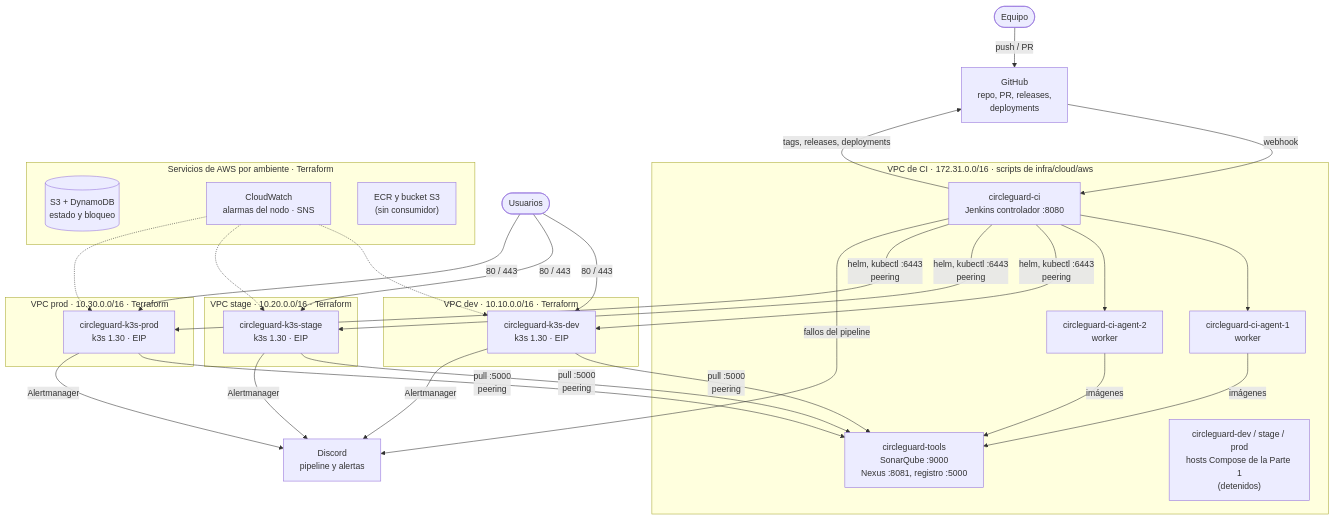
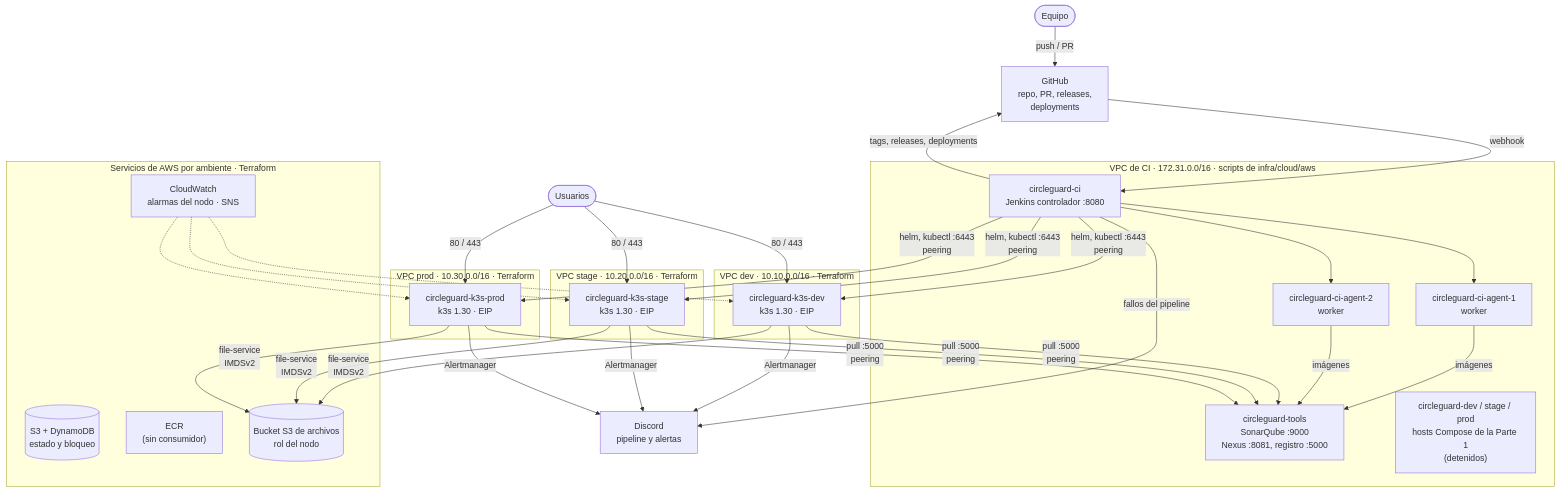
One commit to ingesoft5/circle-guard-pepitosV changed the second of 4 diagrams in docs/arquitectura/README.md. Above: the diagram before and after it, drawn with Mermaid. The commit also changed other lines of this file and 6 other files, not shown here.

````diff
--- a/docs/arquitectura/README.md
+++ b/docs/arquitectura/README.md
@@ -114,43 +114,45 @@
 ```mermaid
 flowchart TB
     DEV_USER(["Equipo"])
     GH["GitHub<br/>repo, PR, releases,<br/>deployments"]
     DISCORD["Discord<br/>pipeline y alertas"]
     INTERNET(["Usuarios"])
 
     subgraph CIVPC["VPC de CI · 172.31.0.0/16 · scripts de infra/cloud/aws"]
         CI["circleguard-ci<br/>Jenkins controlador :8080"]
         AG1["circleguard-ci-agent-1<br/>worker"]
         AG2["circleguard-ci-agent-2<br/>worker"]
         TOOLS["circleguard-tools<br/>SonarQube :9000<br/>Nexus :8081, registro :5000"]
         LEGACY["circleguard-dev / stage / prod<br/>hosts Compose de la Parte 1<br/>(detenidos)"]
     end
 
     subgraph DEVVPC["VPC dev · 10.10.0.0/16 · Terraform"]
         K3DEV["circleguard-k3s-dev<br/>k3s 1.30 · EIP"]
     end
     subgraph STGVPC["VPC stage · 10.20.0.0/16 · Terraform"]
         K3STG["circleguard-k3s-stage<br/>k3s 1.30 · EIP"]
     end
     subgraph PRDVPC["VPC prod · 10.30.0.0/16 · Terraform"]
         K3PRD["circleguard-k3s-prod<br/>k3s 1.30 · EIP"]
     end
 
     subgraph AWSSVC["Servicios de AWS por ambiente · Terraform"]
         S3STATE[("S3 + DynamoDB<br/>estado y bloqueo")]
         CW["CloudWatch<br/>alarmas del nodo · SNS"]
-        ECR["ECR y bucket S3<br/>(sin consumidor)"]
+        ECR["ECR<br/>(sin consumidor)"]
+        S3FILES[("Bucket S3 de archivos<br/>rol del nodo")]
     end
 
     DEV_USER -->|push / PR| GH
     GH -->|webhook| CI
     CI --> AG1 & AG2
     AG1 & AG2 -->|imágenes| TOOLS
     CI -->|"helm, kubectl :6443<br/>peering"| K3DEV & K3STG & K3PRD
     K3DEV & K3STG & K3PRD -->|"pull :5000<br/>peering"| TOOLS
     CI -->|tags, releases, deployments| GH
     CI -->|fallos del pipeline| DISCORD
     K3DEV & K3STG & K3PRD -->|Alertmanager| DISCORD
     INTERNET -->|"80 / 443"| K3DEV & K3STG & K3PRD
     CW -.-> K3DEV & K3STG & K3PRD
+    K3DEV & K3STG & K3PRD -->|"file-service<br/>IMDSv2"| S3FILES
 ```
````
